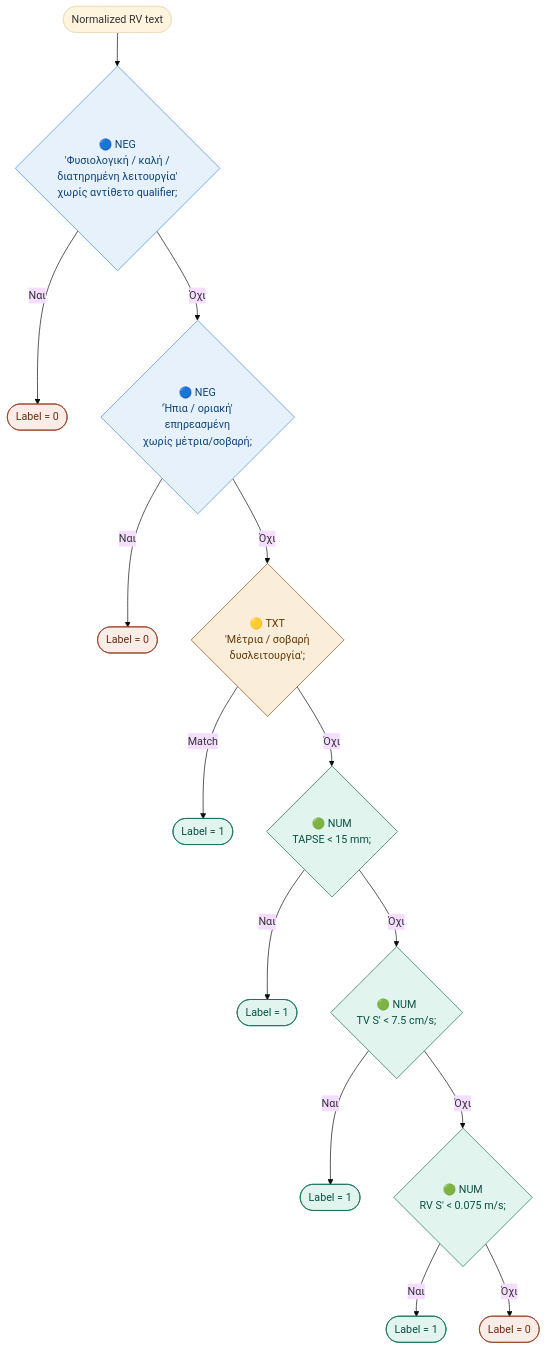
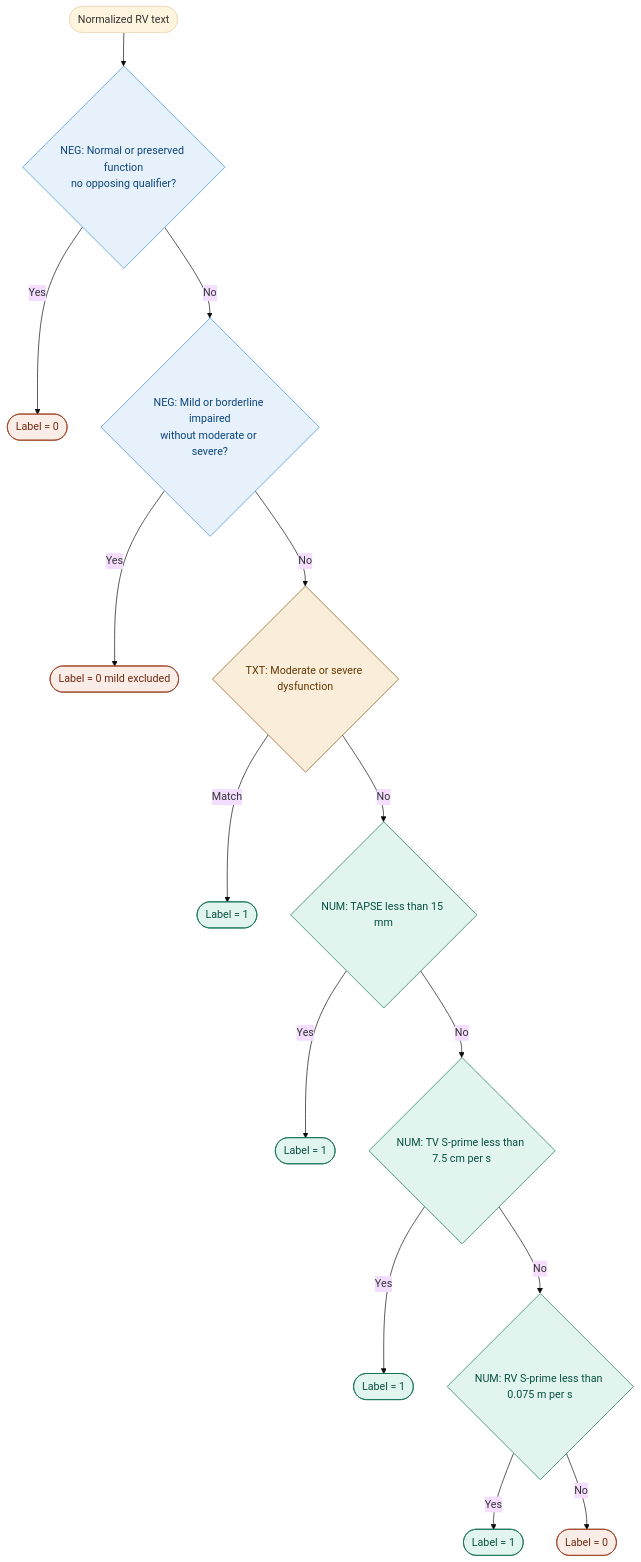
The second of 17 diagrams in BINARY_EXTRACTION.md (evatsioumani/Echo), drawn with Mermaid (base theme) before and after one commit. The commit also changed other lines of this file, not shown here.

````diff
--- a/BINARY_EXTRACTION.md
+++ b/BINARY_EXTRACTION.md
@@ -40,30 +42,30 @@
 ```mermaid
 flowchart TD
-    A([Normalized RV text]) --> B{🔵 NEG\n'Φυσιολογική / καλή /\nδιατηρημένη λειτουργία'\nχωρίς αντίθετο qualifier;}
-    B -->|Ναι| Z0([Label = 0])
-    B -->|Όχι| C{🔵 NEG\n'Ήπια / οριακή'\nεπηρεασμένη\nχωρίς μέτρια/σοβαρή;}
-    C -->|Ναι| Z0b([Label = 0])
-    C -->|Όχι| D{🟡 TXT\n'Μέτρια / σοβαρή\nδυσλειτουργία';}
+    A([Normalized RV text]) --> B{NEG: Normal or preserved function\nno opposing qualifier?}
+    B -->|Yes| Z0([Label = 0])
+    B -->|No| C{NEG: Mild or borderline impaired\nwithout moderate or severe?}
+    C -->|Yes| Z0b([Label = 0 mild excluded])
+    C -->|No| D{TXT: Moderate or severe dysfunction}
     D -->|Match| Z1([Label = 1])
-    D -->|Όχι| E{🟢 NUM\nTAPSE < 15 mm;}
-    E -->|Ναι| Z1b([Label = 1])
-    E -->|Όχι| F{🟢 NUM\nTV S' < 7.5 cm/s;}
-    F -->|Ναι| Z1c([Label = 1])
-    F -->|Όχι| G{🟢 NUM\nRV S' < 0.075 m/s;}
-    G -->|Ναι| Z1d([Label = 1])
-    G -->|Όχι| Z0c([Label = 0])
+    D -->|No| E{NUM: TAPSE less than 15 mm}
+    E -->|Yes| Z1b([Label = 1])
+    E -->|No| F{NUM: TV S-prime less than 7.5 cm per s}
+    F -->|Yes| Z1c([Label = 1])
+    F -->|No| G{NUM: RV S-prime less than 0.075 m per s}
+    G -->|Yes| Z1d([Label = 1])
+    G -->|No| Z0c([Label = 0])
 
     style Z0 fill:#FAECE7,stroke:#993C1D,color:#712B13
     style Z0b fill:#FAECE7,stroke:#993C1D,color:#712B13
     style Z0c fill:#FAECE7,stroke:#993C1D,color:#712B13
     style Z1 fill:#E1F5EE,stroke:#0F6E56,color:#085041
     style Z1b fill:#E1F5EE,stroke:#0F6E56,color:#085041
     style Z1c fill:#E1F5EE,stroke:#0F6E56,color:#085041
     style Z1d fill:#E1F5EE,stroke:#0F6E56,color:#085041
     style B fill:#E6F1FB,stroke:#3B8BD4,color:#0C447C
     style C fill:#E6F1FB,stroke:#3B8BD4,color:#0C447C
     style D fill:#FAEEDA,stroke:#854F0B,color:#633806
     style E fill:#E1F5EE,stroke:#0F6E56,color:#085041
     style F fill:#E1F5EE,stroke:#0F6E56,color:#085041
     style G fill:#E1F5EE,stroke:#0F6E56,color:#085041
 ```
````
